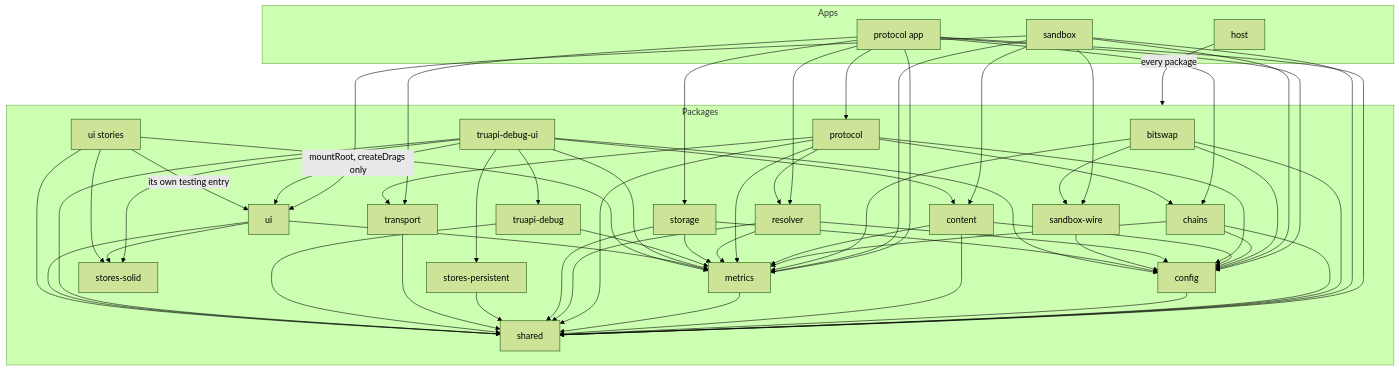
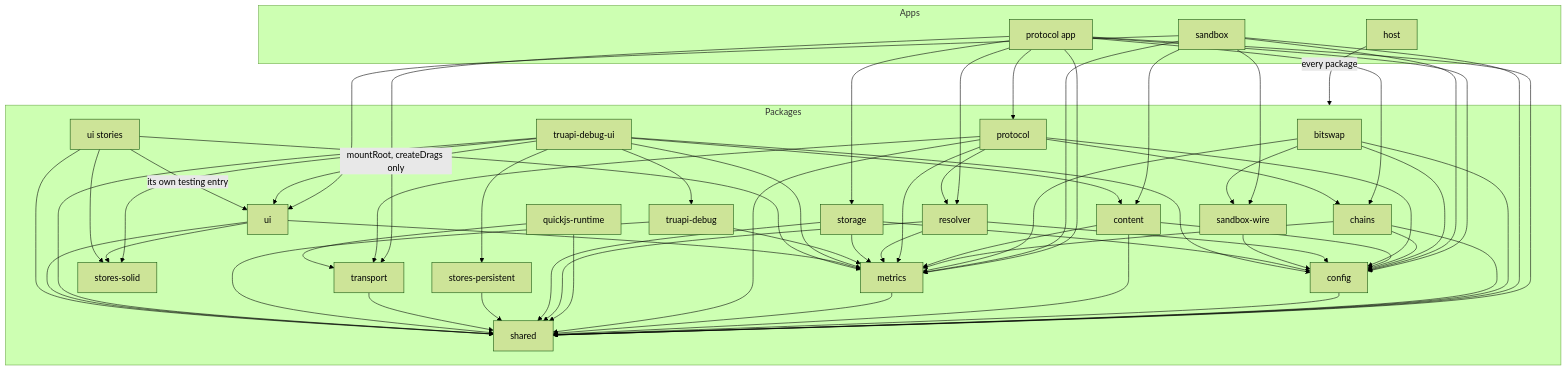
The first of 2 diagrams in docs/code/placement.md (paritytech/dotli-community), drawn with Mermaid (forest theme) before and after one commit. The commit also changed other lines of this file and 74 other files, not shown here.

````diff
--- a/docs/code/placement.md
+++ b/docs/code/placement.md
@@ -18,48 +18,50 @@
 ```mermaid
 flowchart TD
   subgraph apps [Apps]
     host[host]
     protocolApp[protocol app]
     sandbox[sandbox]
   end
   subgraph packages [Packages]
     bitswap[bitswap]
     chains[chains]
     config[config]
     content[content]
     metrics[metrics]
     protocol[protocol]
+    quickjsRuntime[quickjs-runtime]
     resolver[resolver]
     sandboxWire[sandbox-wire]
     shared[shared]
     storage[storage]
     storesPersistent[stores-persistent]
     storesSolid[stores-solid]
     transport[transport]
     truapiDebug[truapi-debug]
     truapiDebugUi[truapi-debug-ui]
     ui[ui]
     uiStories[ui stories]
   end
   host -->|every package| packages
   protocolApp --> chains & config & metrics & protocol & resolver & shared & storage & transport
   sandbox --> config & content & metrics & sandboxWire & shared & ui
   bitswap --> config & metrics & sandboxWire & shared
   chains --> config & metrics & shared
   config --> shared
   content --> config & metrics & shared
   metrics --> shared
   protocol --> chains & config & metrics & resolver & shared & transport
+  quickjsRuntime --> shared & transport
   resolver --> config & metrics & shared
   sandboxWire --> config
   storage --> config & metrics & shared
   storesPersistent --> shared
   transport --> shared
   truapiDebug --> metrics & shared
   truapiDebugUi --> config & content & metrics & shared & truapiDebug
   truapiDebugUi --> storesSolid & storesPersistent
   truapiDebugUi -->|mountRoot, createDrags only| ui
   ui --> metrics & shared & storesSolid
   uiStories --> metrics & shared & storesSolid
   uiStories -->|its own testing entry| ui
 ```
````
